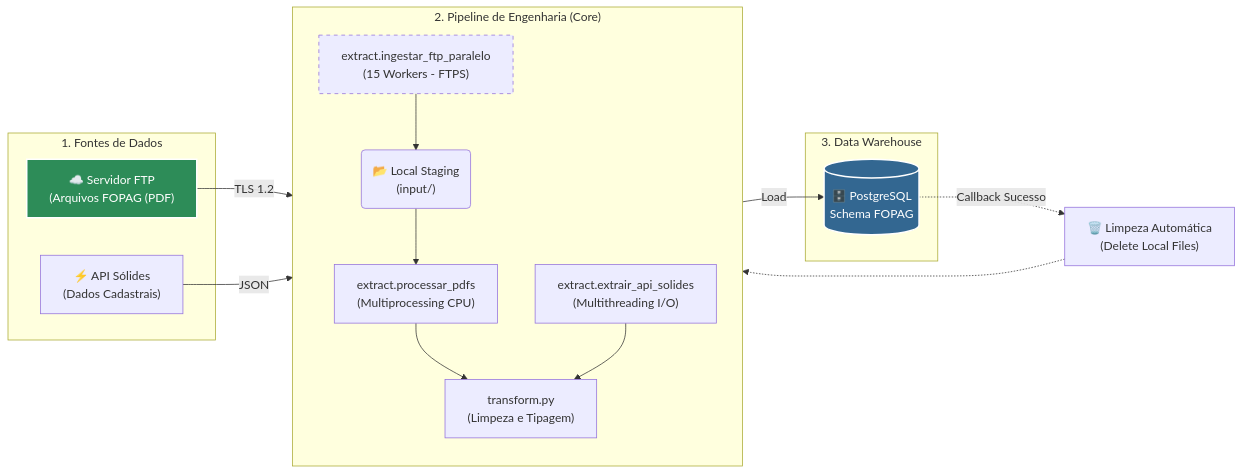
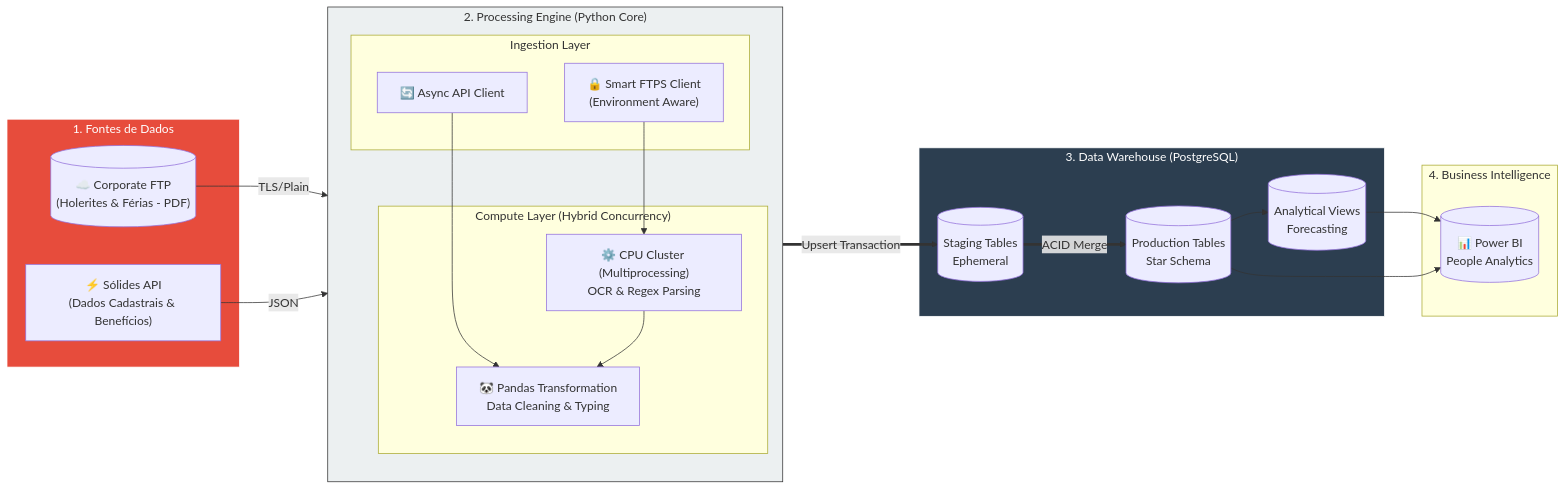
One commit to Ignowsky/ARQ-People-Intelligence changed the first of 2 diagrams in README.md. Above: the diagram before and after it, drawn with Mermaid. The commit also changed other lines of this file, not shown here.

````diff
--- a/README.md
+++ b/README.md
@@ -41,47 +44,58 @@
 ``` mermaid
 ---
 config:
   layout: fixed
 ---
 graph LR
     %% --- Fontes ---
     subgraph Sources ["1. Fontes de Dados"]
-        FTP["☁️ Servidor FTP<br/>(Arquivos FOPAG (PDF)"]
-        API["⚡ API Sólides<br/>(Dados Cadastrais)"]
+        FTP[("☁️ Corporate FTP<br/>(Holerites & Férias - PDF)")]
+        API["⚡ Sólides API<br/>(Dados Cadastrais & Benefícios)"]
     end
 
-    %% --- Camada de Ingestão e Processamento ---
-    subgraph Engine ["2. Pipeline de Engenharia (Core)"]
+    %% --- Engine ---
+    subgraph Engine ["2. Processing Engine (Python Core)"]
         direction TB
-        INGEST["extract.ingestar_ftp_paralelo<br/>(15 Workers - FTPS)"]
-        INPUT("📂 Local Staging<br/>(input/)")
-        PDF_PROC["extract.processar_pdfs<br/>(Multiprocessing CPU)"]
-        API_PROC["extract.extrair_api_solides<br/>(Multithreading I/O)"]
-        TRANS["transform.py<br/>(Limpeza e Tipagem)"]
+        
+        subgraph Ingest ["Ingestion Layer"]
+            FTPS["🔒 Smart FTPS Client<br/>(Environment Aware)"]
+            REQ["🔄 Async API Client"]
+        end
+        
+        subgraph Compute ["Compute Layer (Hybrid Concurrency)"]
+            OCR["⚙️ CPU Cluster (Multiprocessing)<br/>OCR & Regex Parsing"]
+            PANDAS["🐼 Pandas Transformation<br/>Data Cleaning & Typing"]
+        end
     end
 
-    %% --- Armazenamento ---
-    subgraph Storage ["3. Data Warehouse"]
-        DB[("🗄️ PostgreSQL<br/>Schema FOPAG")]
+    %% --- Storage ---
+    subgraph Warehouse ["3. Data Warehouse (PostgreSQL)"]
+        STG[(Staging Tables<br/>Ephemeral)]
+        DW[(Production Tables<br/>Star Schema)]
+        VIEWS[(Analytical Views<br/>Forecasting)]
+    end
+
+    %% --- BI ---
+    subgraph Analytics ["4. Business Intelligence"]
+        PBI[("📊 Power BI<br/>People Analytics")]
     end
 
     %% --- Fluxo ---
-    FTP -->|TLS 1.2| INGEST
-    INGEST --> INPUT
-    INPUT --> PDF_PROC
-    API -->|JSON| API_PROC
+    FTP -->|TLS/Plain| FTPS
+    API -->|JSON| REQ
     
-    PDF_PROC --> TRANS
-    API_PROC --> TRANS
+    FTPS --> OCR
+    REQ --> PANDAS
+    OCR --> PANDAS
     
-    TRANS -->|Load| DB
-    
-    %% --- Limpeza ---
-    DB -.->|Callback Sucesso| CLEAN["🗑️ Limpeza Automática<br/>(Delete Local Files)"]
-    CLEAN -.-> INPUT
+    PANDAS ==>|Upsert Transaction| STG
+    STG ==>|ACID Merge| DW
+    DW --> VIEWS
+    VIEWS --> PBI
+    DW --> PBI
 
-    %% --- Estilização ---
-    style DB fill:#336791,stroke:#fff,stroke-width:2px,color:#fff
-    style FTP fill:#2d8c58,stroke:#fff,stroke-width:2px,color:#fff
-    style INGEST stroke-dasharray: 5 5
+    %% --- Estilos ---
+    style Warehouse fill:#2C3E50,stroke:#fff,color:#fff
+    style Sources fill:#E74C3C,stroke:#fff,color:#fff
+    style Engine fill:#ECF0F1,stroke:#333,color:#333
 ```
````
